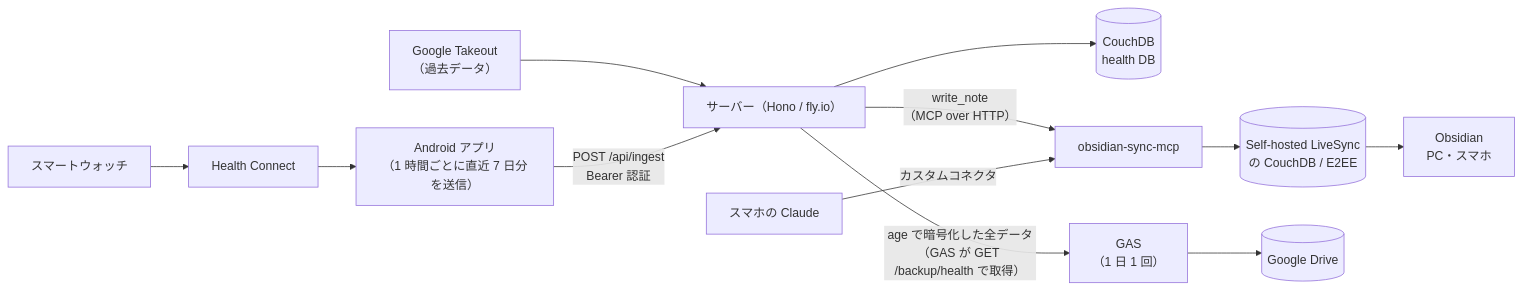
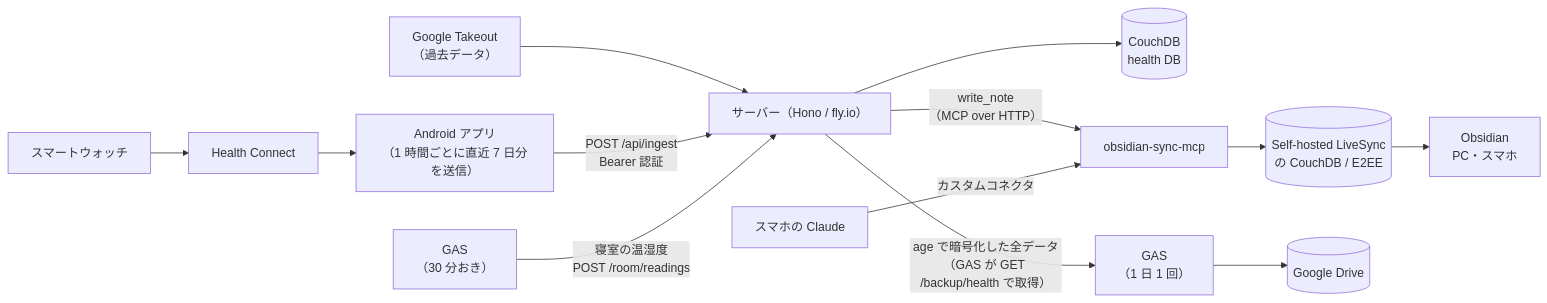
One commit to aomomo55/sync-google-health-api changed the diagram in README.md. Above: the diagram before and after it, drawn with Mermaid. The commit also changed other lines of this file and 33 other files, not shown here.

````diff
--- a/README.md
+++ b/README.md
@@ -10,14 +10,15 @@
 ```mermaid
 flowchart LR
     W[スマートウォッチ] --> HC[Health Connect]
     HC --> A["Android アプリ<br/>（1 時間ごとに直近 7 日分を送信）"]
     T[Google Takeout<br/>（過去データ）] --> S
     A -- "POST /api/ingest<br/>Bearer 認証" --> S["サーバー（Hono / fly.io）"]
     S --> DB[(CouchDB<br/>health DB)]
     S -- "write_note<br/>（MCP over HTTP）" --> M[obsidian-sync-mcp]
     M --> V[(Self-hosted LiveSync<br/>の CouchDB / E2EE)]
     V --> O[Obsidian<br/>PC・スマホ]
     C[スマホの Claude] -- カスタムコネクタ --> M
     S -- "age で暗号化した全データ<br/>（GAS が GET /backup/health で取得）" --> G["GAS<br/>（1 日 1 回）"]
     G --> D[(Google Drive)]
+    R["GAS<br/>（30 分おき）"] -- "寝室の温湿度<br/>POST /room/readings" --> S
 ```
````
